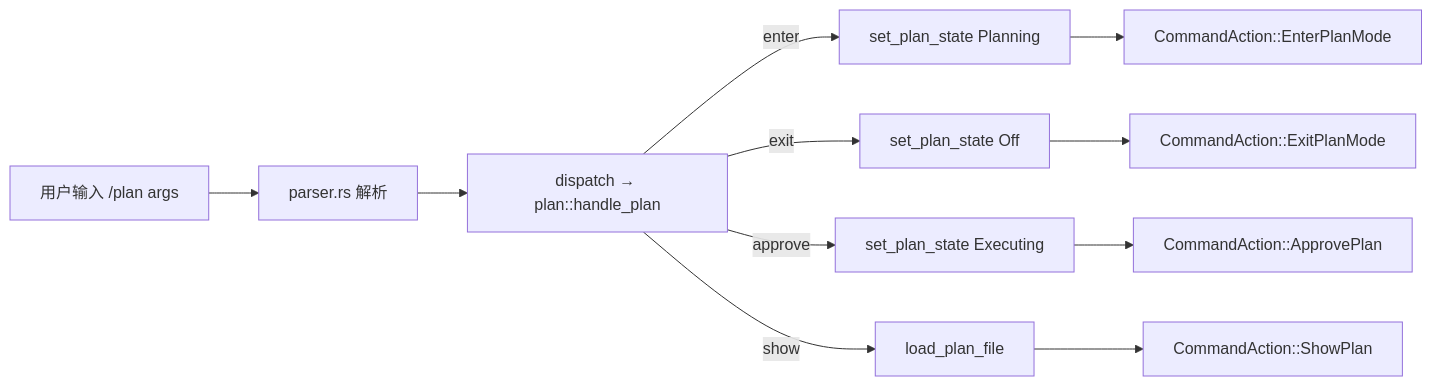
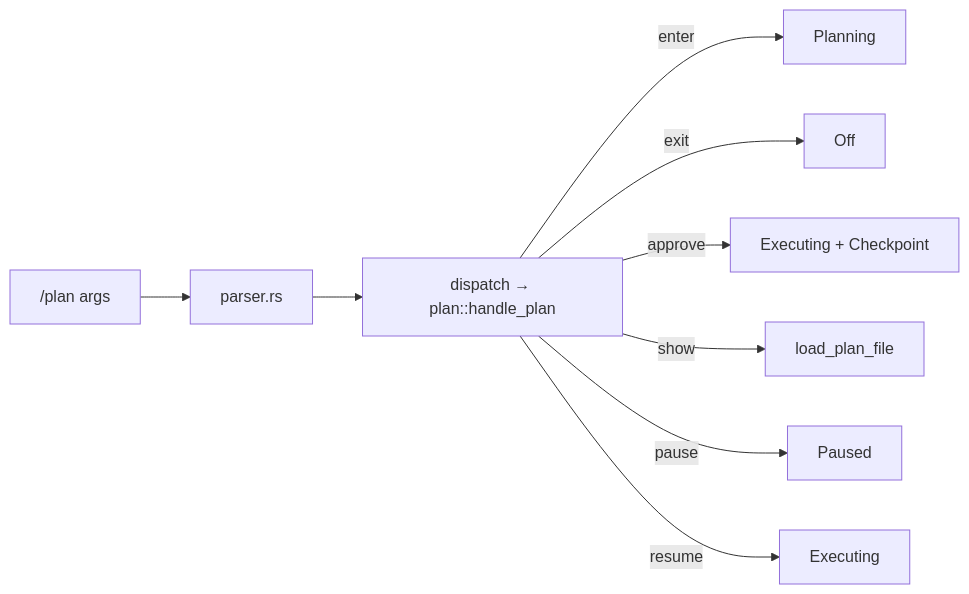
Before and after one commit to shiwenwen/hope-agent: the seventh of 10 diagrams in docs/plan-mode.md, drawn with Mermaid. The commit also changed other lines of this file and 11 other files, not shown here.

First line of the commit message:
refactor: Plan Mode 双 Agent 架构重构 + PlanCardBlock 展开功能

````diff
--- a/docs/plan-mode.md
+++ b/docs/plan-mode.md
@@ -360,13 +657,11 @@
 ```mermaid
 flowchart LR
-    A[用户输入 /plan args] --> B[parser.rs 解析]
+    A["/plan args"] --> B[parser.rs]
     B --> C[dispatch → plan::handle_plan]
-    C -->|enter| D[set_plan_state Planning]
-    C -->|exit| E[set_plan_state Off]
-    C -->|approve| F[set_plan_state Executing]
+    C -->|enter| D[Planning]
+    C -->|exit| E[Off]
+    C -->|approve| F[Executing + Checkpoint]
     C -->|show| G[load_plan_file]
-    D --> H[CommandAction::EnterPlanMode]
-    E --> I[CommandAction::ExitPlanMode]
-    F --> J[CommandAction::ApprovePlan]
-    G --> K[CommandAction::ShowPlan]
+    C -->|pause| H[Paused]
+    C -->|resume| I[Executing]
 ```
````
